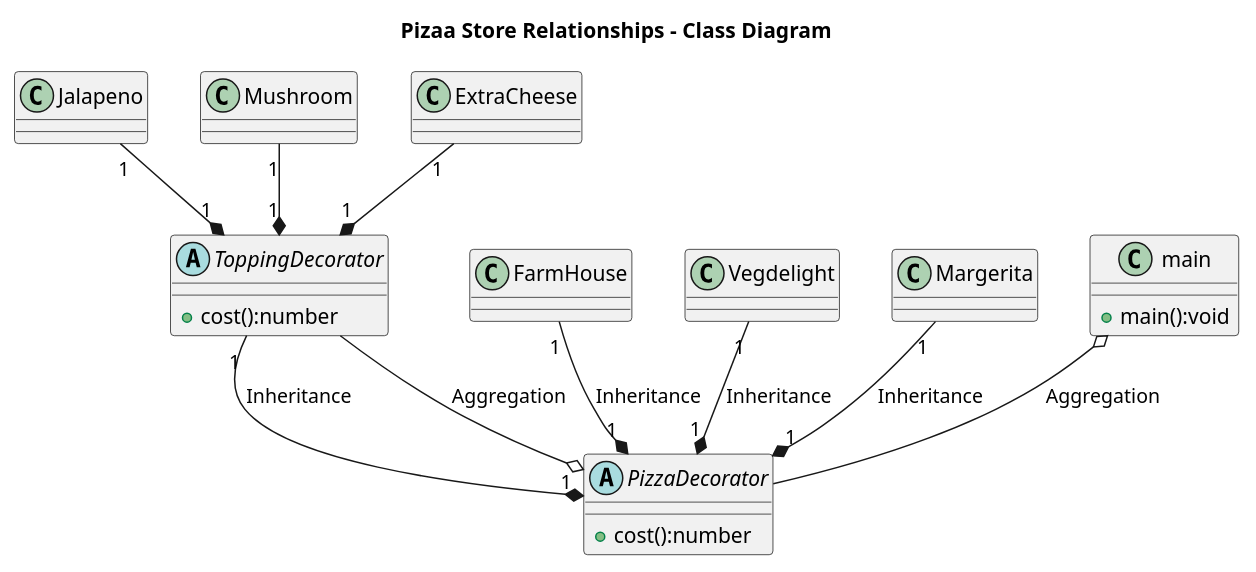
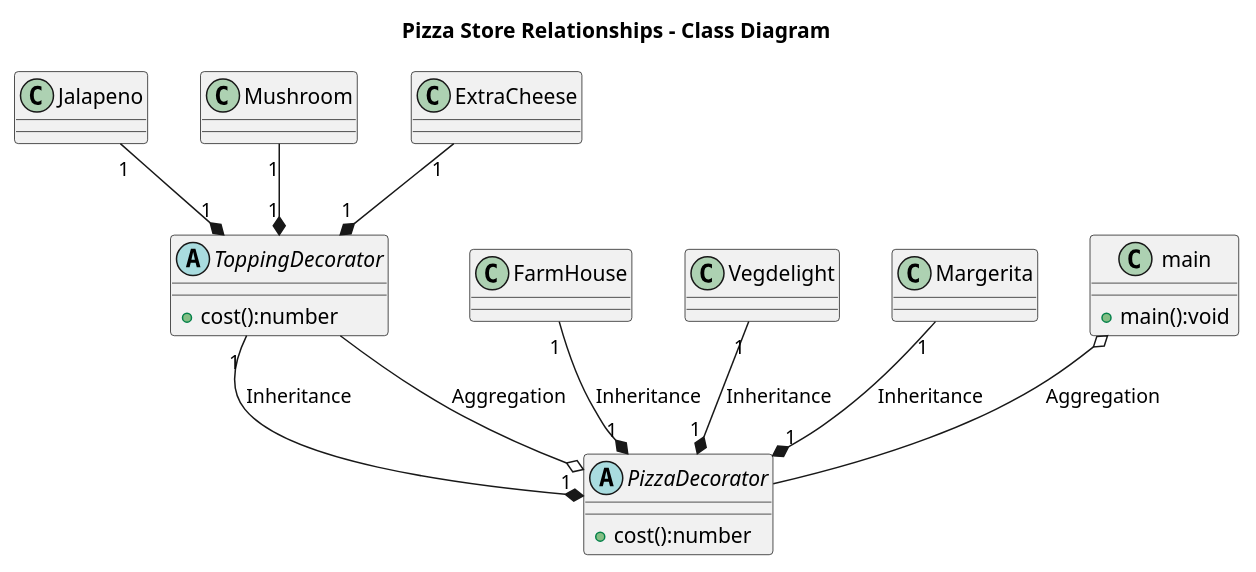
The diagram in 4-Decorator_Design_Pattern(Pizza_Store)/PizzaStoreDeign.puml (DhruvShahM/Javascript_Design_Patterns), drawn with PlantUML before and after one commit. The commit also changed 2 other files, not shown here.

Commit message:
Pizza store related some changes done

```diff
--- a/4-Decorator_Design_Pattern(Pizza_Store)/PizzaStoreDeign.puml
+++ b/4-Decorator_Design_Pattern(Pizza_Store)/PizzaStoreDeign.puml
@@ -1,36 +1,36 @@
 @startuml
 
-title Pizaa Store Relationships - Class Diagram
+title Pizza Store Relationships - Class Diagram
 
 
 class main{
   +main():void
 }
 
 abstract class PizzaDecorator {
   +cost():number
 }
 
 abstract class ToppingDecorator {
   +cost():number
 }
 
 class Margerita
 class Vegdelight
 class FarmHouse
 class ExtraCheese
 class Mushroom
 Class Jalapeno
 
 
 main o-- PizzaDecorator:Aggregation
 PizzaDecorator "1" *-up- "1" Margerita: Inheritance
 PizzaDecorator "1" *-up- "1" Vegdelight: Inheritance
 PizzaDecorator "1" *-up- "1" FarmHouse: Inheritance
 PizzaDecorator "1" *-up- "1" ToppingDecorator: Inheritance
 PizzaDecorator o-- ToppingDecorator:Aggregation
 ToppingDecorator "1" *-up- "1" ExtraCheese
 ToppingDecorator "1" *-up- "1" Mushroom
 ToppingDecorator "1" *-up- "1" Jalapeno
 
 @enduml
```
